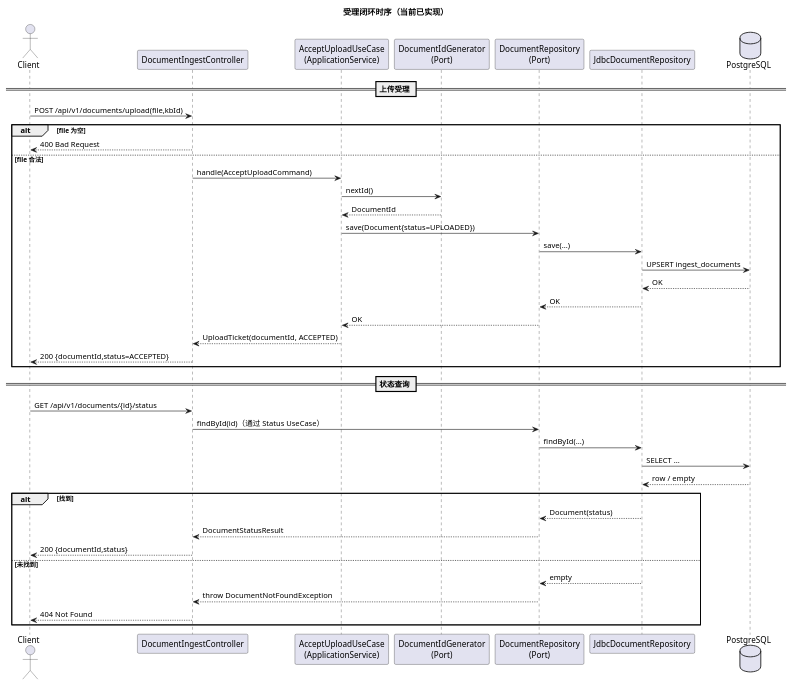
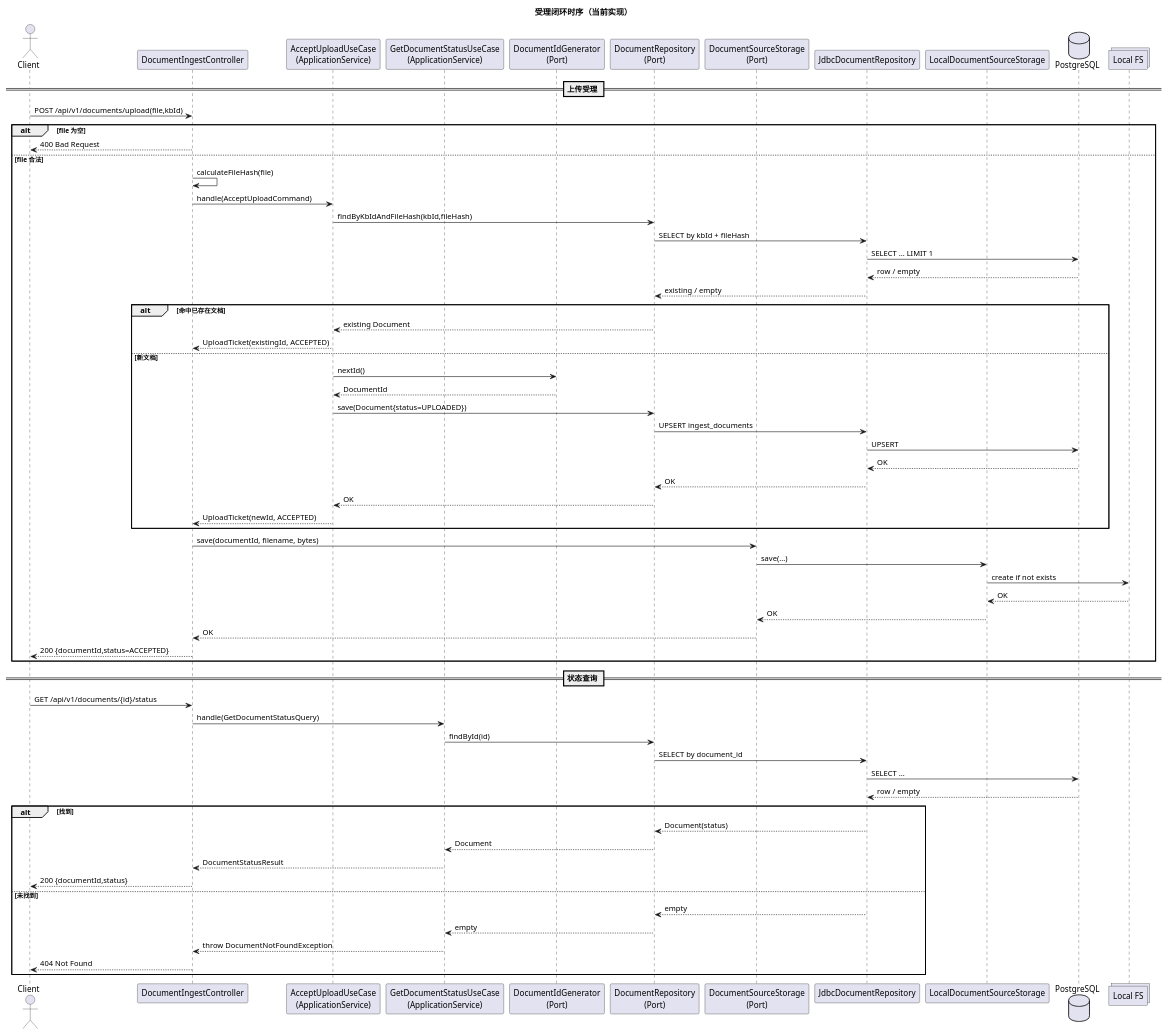
One commit to pop1414/my-AI changed the diagram in docs/architecture/diagrams/ingest/ingest-acceptance-closure-sequence.puml. Above: the diagram before and after it, drawn with PlantUML. The commit also changed 19 other files, not shown here.

```diff
--- a/docs/architecture/diagrams/ingest/ingest-acceptance-closure-sequence.puml
+++ b/docs/architecture/diagrams/ingest/ingest-acceptance-closure-sequence.puml
@@ -1,45 +1,73 @@
 @startuml
-title 受理闭环时序（当前已实现）
+title 受理闭环时序（当前实现）
 
 actor Client
 participant "DocumentIngestController" as C
 participant "AcceptUploadUseCase\n(ApplicationService)" as A
+participant "GetDocumentStatusUseCase\n(ApplicationService)" as S
 participant "DocumentIdGenerator\n(Port)" as G
 participant "DocumentRepository\n(Port)" as R
+participant "DocumentSourceStorage\n(Port)" as SS
 participant "JdbcDocumentRepository" as J
+participant "LocalDocumentSourceStorage" as LSS
 database "PostgreSQL" as PG
+collections "Local FS" as FS
 
 == 上传受理 ==
 Client -> C : POST /api/v1/documents/upload(file,kbId)
 alt file 为空
   C --> Client : 400 Bad Request
 else file 合法
+  C -> C : calculateFileHash(file)
   C -> A : handle(AcceptUploadCommand)
-  A -> G : nextId()
-  G --> A : DocumentId
-  A -> R : save(Document{status=UPLOADED})
-  R -> J : save(...)
-  J -> PG : UPSERT ingest_documents
-  PG --> J : OK
-  J --> R : OK
-  R --> A : OK
-  A --> C : UploadTicket(documentId, ACCEPTED)
+  A -> R : findByKbIdAndFileHash(kbId,fileHash)
+  R -> J : SELECT by kbId + fileHash
+  J -> PG : SELECT ... LIMIT 1
+  PG --> J : row / empty
+  J --> R : existing / empty
+
+  alt 命中已存在文档
+    R --> A : existing Document
+    A --> C : UploadTicket(existingId, ACCEPTED)
+  else 新文档
+    A -> G : nextId()
+    G --> A : DocumentId
+    A -> R : save(Document{status=UPLOADED})
+    R -> J : UPSERT ingest_documents
+    J -> PG : UPSERT
+    PG --> J : OK
+    J --> R : OK
+    R --> A : OK
+    A --> C : UploadTicket(newId, ACCEPTED)
+  end
+
+  C -> SS : save(documentId, filename, bytes)
+  SS -> LSS : save(...)
+  LSS -> FS : create if not exists
+  FS --> LSS : OK
+  LSS --> SS : OK
+  SS --> C : OK
   C --> Client : 200 {documentId,status=ACCEPTED}
 end
 
 == 状态查询 ==
 Client -> C : GET /api/v1/documents/{id}/status
-C -> R : findById(id)（通过 Status UseCase）
-R -> J : findById(...)
+C -> S : handle(GetDocumentStatusQuery)
+S -> R : findById(id)
+R -> J : SELECT by document_id
 J -> PG : SELECT ...
 PG --> J : row / empty
+
 alt 找到
   J --> R : Document(status)
-  R --> C : DocumentStatusResult
+  R --> S : Document
+  S --> C : DocumentStatusResult
   C --> Client : 200 {documentId,status}
 else 未找到
   J --> R : empty
-  R --> C : throw DocumentNotFoundException
+  R --> S : empty
+  S --> C : throw DocumentNotFoundException
   C --> Client : 404 Not Found
 end
+
 @enduml
```
